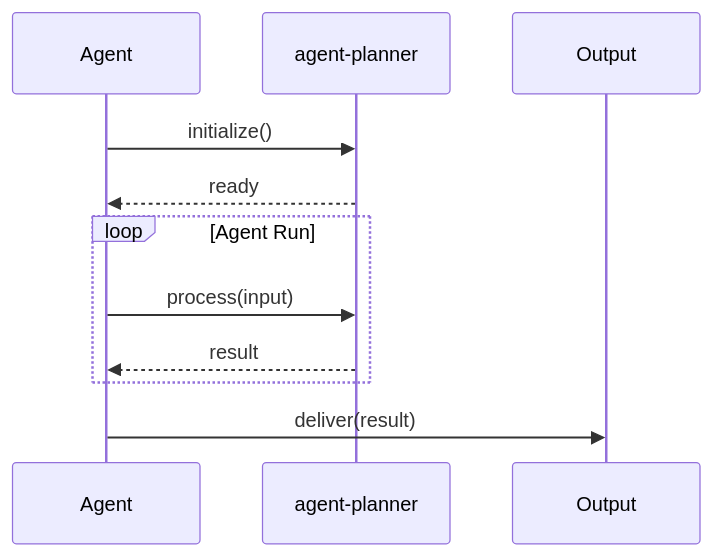
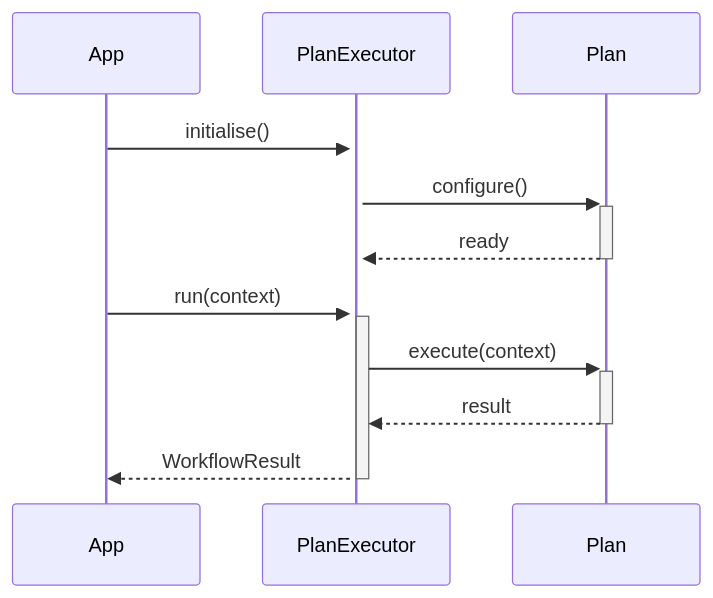
The second of 2 diagrams in README.md (darshjme/agent-planner), drawn with Mermaid before and after one commit. The commit also changed other lines of this file and 1 other file, not shown here.

````diff
--- a/README.md
+++ b/README.md
@@ -72,16 +94,14 @@
 ```mermaid
 sequenceDiagram
-    participant Agent
-    participant AgentPlanner as agent-planner
-    participant Output
+    participant App
+    participant PlanExecutor
+    participant Plan
 
-    Agent->>AgentPlanner: initialize()
-    AgentPlanner-->>Agent: ready
-
-    loop Agent Run
-        Agent->>AgentPlanner: process(input)
-        AgentPlanner-->>Agent: result
-    end
-
-    Agent->>Output: deliver(result)
+    App->>+PlanExecutor: initialise()
+    PlanExecutor->>+Plan: configure()
+    Plan-->>-PlanExecutor: ready
+    App->>+PlanExecutor: run(context)
+    PlanExecutor->>+Plan: execute(context)
+    Plan-->>-PlanExecutor: result
+    PlanExecutor-->>-App: WorkflowResult
 ```
````
